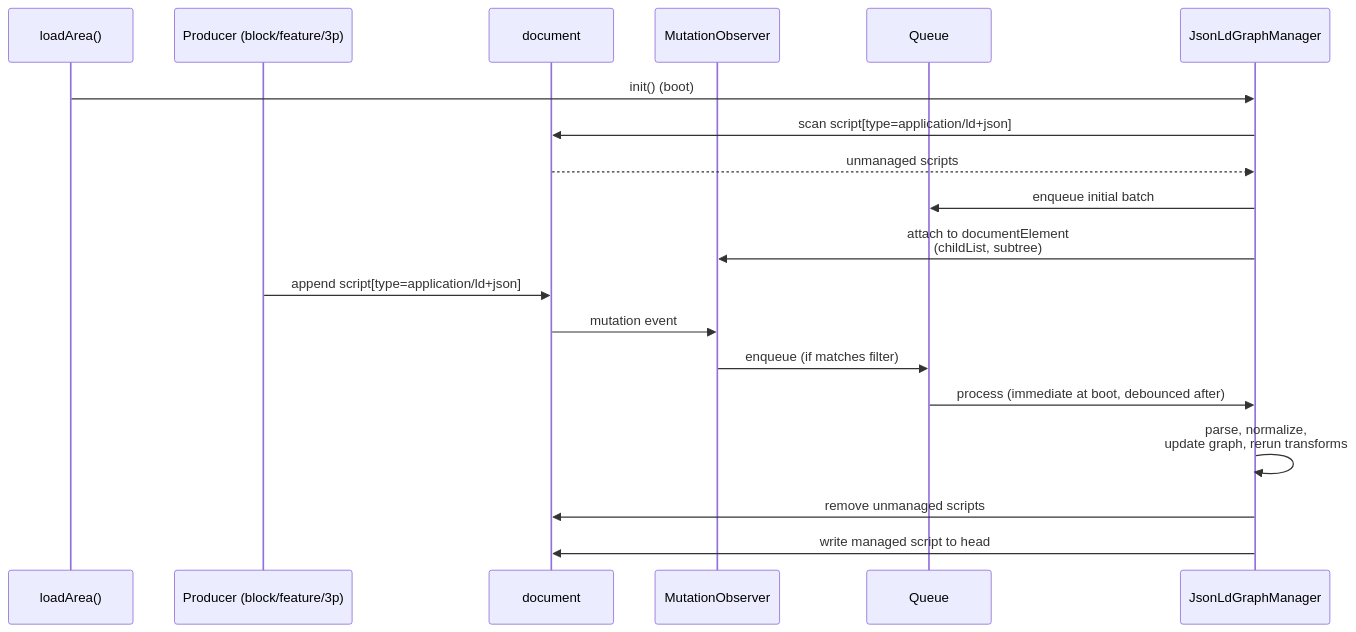
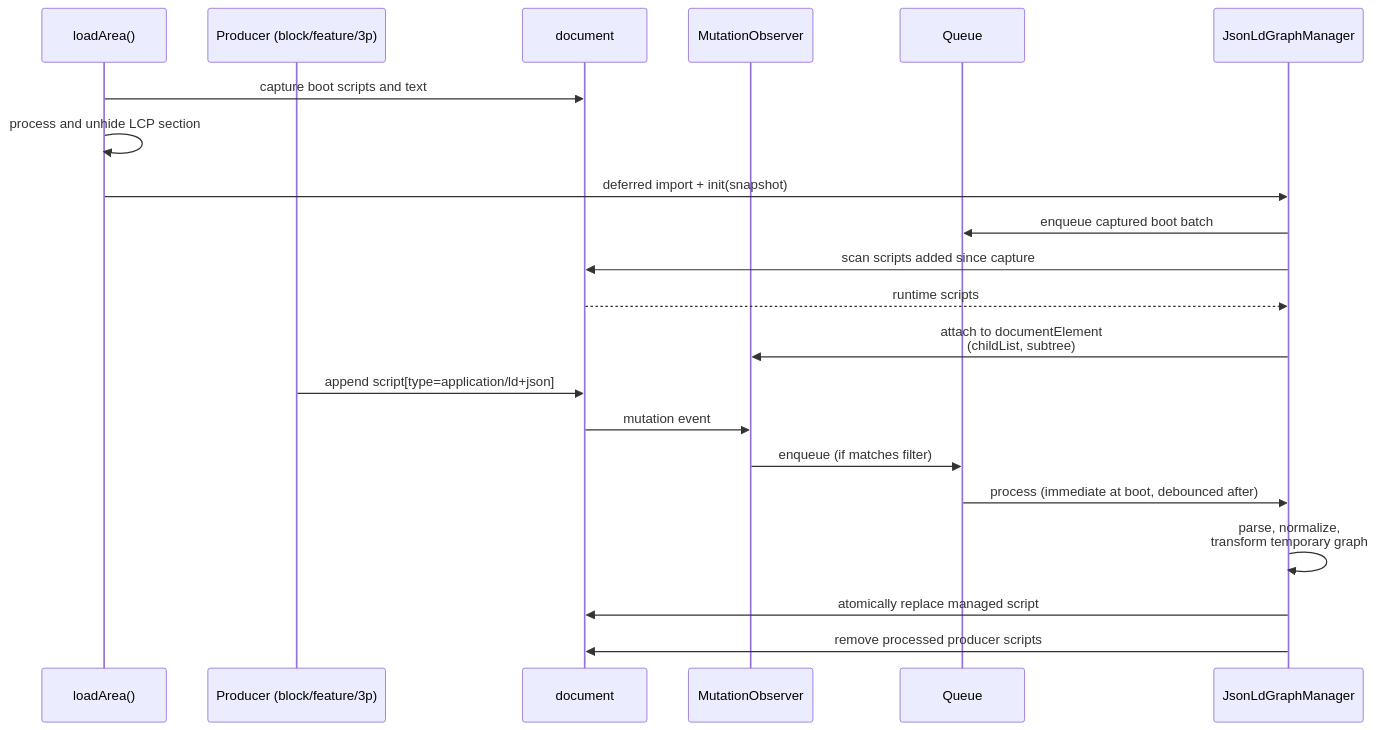
The first of 3 diagrams in libs/features/jsonld-graph-manager/jsonld-graph-manager.md (adobecom/milo), drawn with Mermaid before and after one commit. The commit also changed other lines of this file and 12 other files, not shown here.

````diff
--- a/libs/features/jsonld-graph-manager/jsonld-graph-manager.md
+++ b/libs/features/jsonld-graph-manager/jsonld-graph-manager.md
@@ -208,21 +210,23 @@
 ```mermaid
 sequenceDiagram
     participant L as loadArea()
     participant P as Producer (block/feature/3p)
     participant D as document
     participant O as MutationObserver
     participant Q as Queue
     participant M as JsonLdGraphManager
-    L->>M: init() (boot)
-    M->>D: scan script[type=application/ld+json]
-    D-->>M: unmanaged scripts
-    M->>Q: enqueue initial batch
+    L->>D: capture boot scripts and text
+    L->>L: process and unhide LCP section
+    L->>M: deferred import + init(snapshot)
+    M->>Q: enqueue captured boot batch
+    M->>D: scan scripts added since capture
+    D-->>M: runtime scripts
     M->>O: attach to documentElement<br/>(childList, subtree)
     P->>D: append script[type=application/ld+json]
     D->>O: mutation event
     O->>Q: enqueue (if matches filter)
     Q->>M: process (immediate at boot, debounced after)
-    M->>M: parse, normalize,<br/>update graph, rerun transforms
-    M->>D: remove unmanaged scripts
-    M->>D: write managed script to head
+    M->>M: parse, normalize,<br/>transform temporary graph
+    M->>D: atomically replace managed script
+    M->>D: remove processed producer scripts
 ```
````
